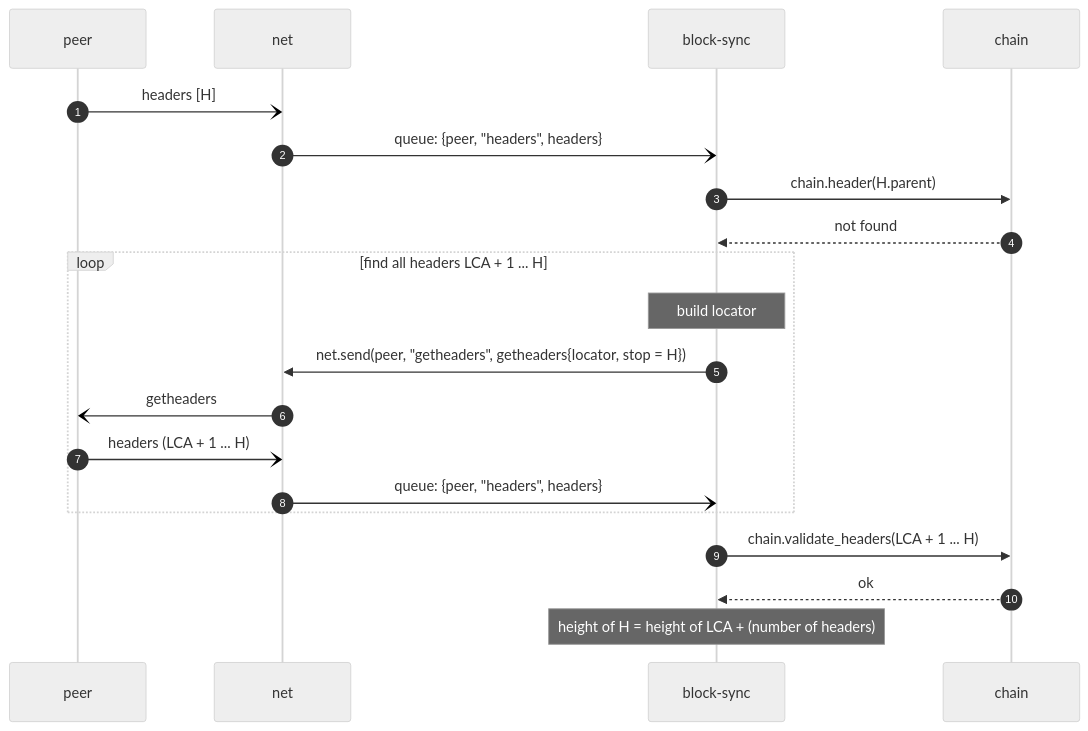
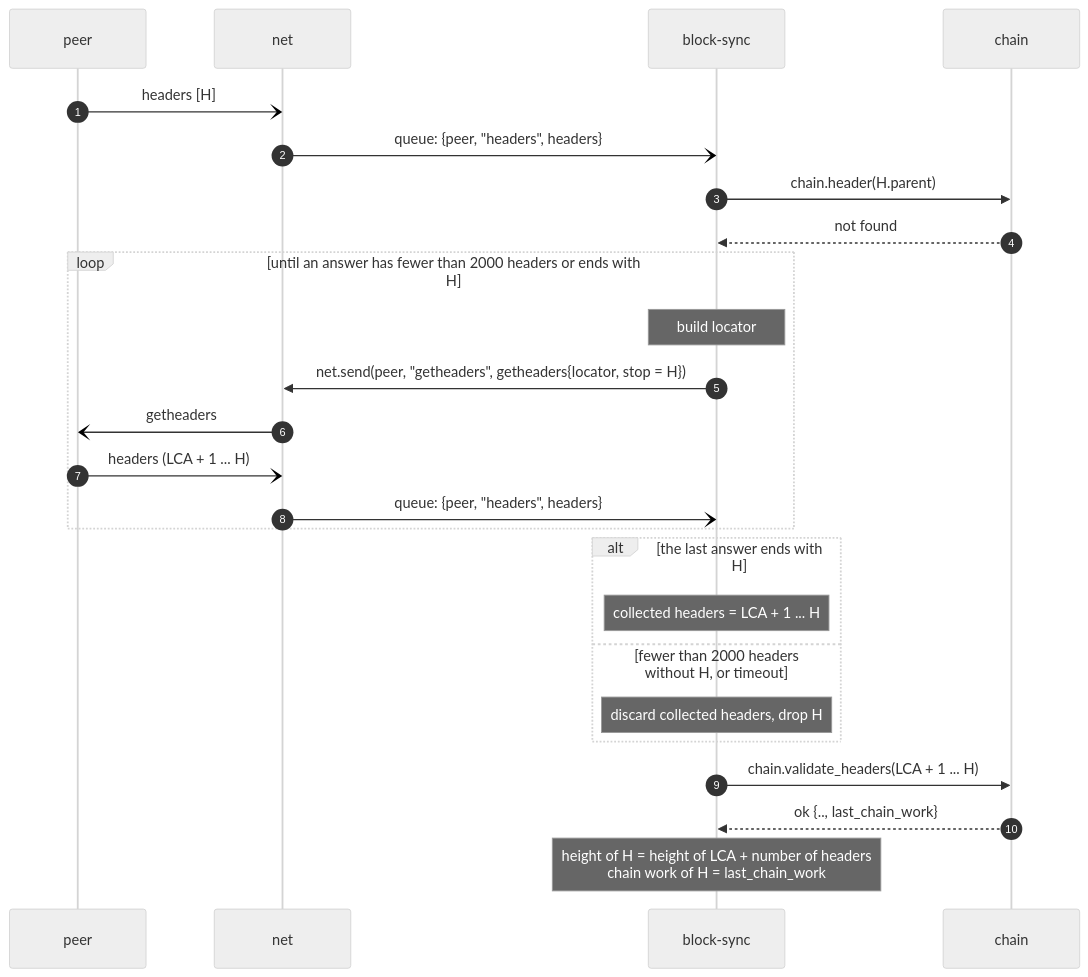
One commit to VakthundBTC/spec changed the fourth of 6 diagrams in 3-requirements/3.2.3-block-sync.md. Above: the diagram before and after it, drawn with Mermaid (neutral theme). The commit also changed other lines of this file and 10 other files, not shown here.

````diff
--- a/3-requirements/3.2.3-block-sync.md
+++ b/3-requirements/3.2.3-block-sync.md
@@ -248,22 +321,27 @@
 ```mermaid
 sequenceDiagram
     autonumber
     participant P as peer
     participant N as net
     participant BS as block-sync
     participant C as chain
     P -) N: headers [H]
     N -) BS: queue: {peer, "headers", headers}
     BS ->> C: chain.header(H.parent)
     C -->> BS: not found
-    loop find all headers LCA + 1 ... H
+    loop until an answer has fewer than 2000 headers or ends with H
         Note over BS: build locator
         BS ->> N: net.send(peer, "getheaders", getheaders{locator, stop = H})
         N -) P: getheaders
         P -) N: headers (LCA + 1 ... H)
         N -) BS: queue: {peer, "headers", headers}
     end
+    alt the last answer ends with H
+        Note over BS: collected headers = LCA + 1 ... H
+    else fewer than 2000 headers without H, or timeout
+        Note over BS: discard collected headers, drop H
+    end
     BS ->> C: chain.validate_headers(LCA + 1 ... H)
-    C -->> BS: ok
-    Note over BS: height of H = height of LCA + (number of headers)
+    C -->> BS: ok {.., last_chain_work}
+    Note over BS: height of H = height of LCA + number of headers<br/>chain work of H = last_chain_work
 ```
````
